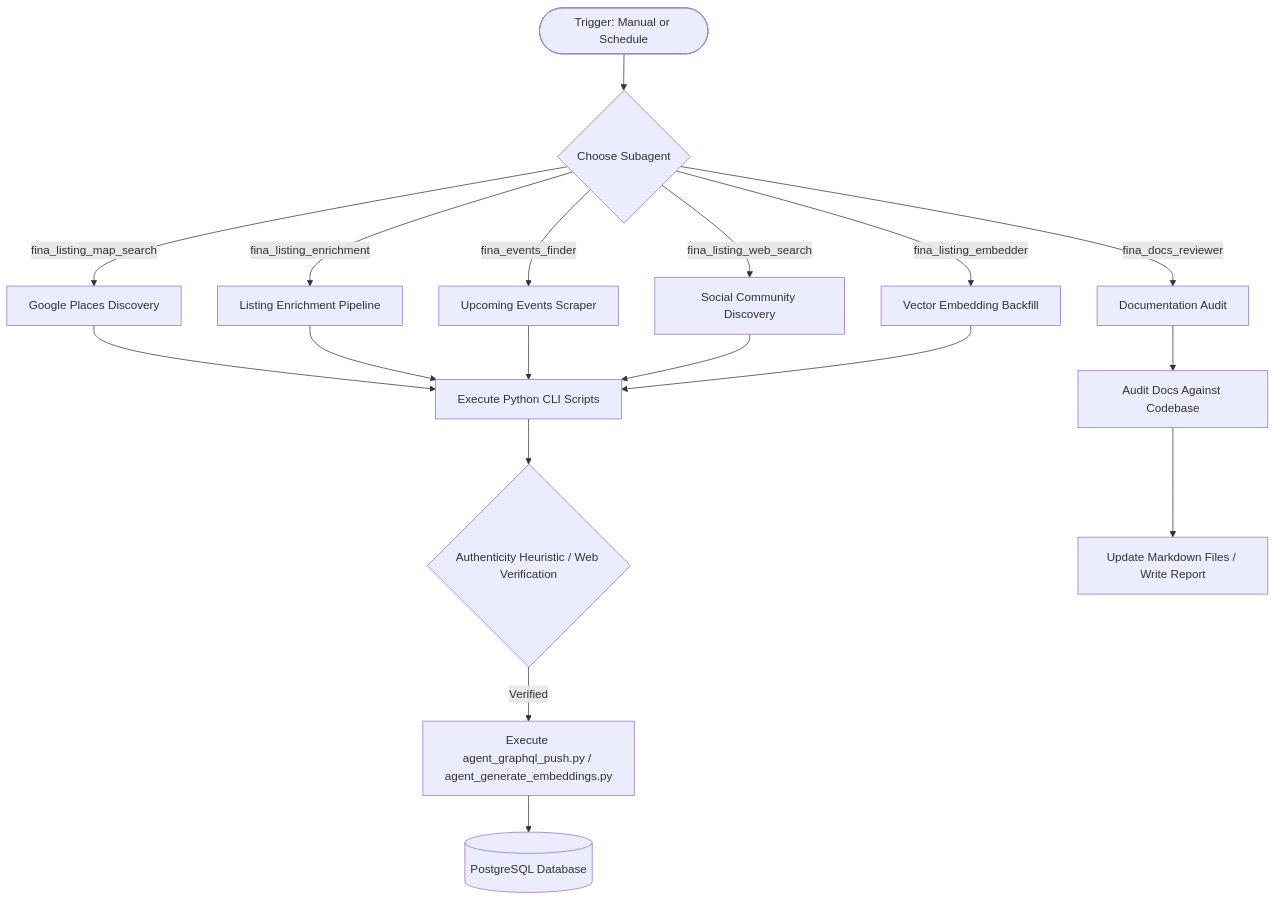
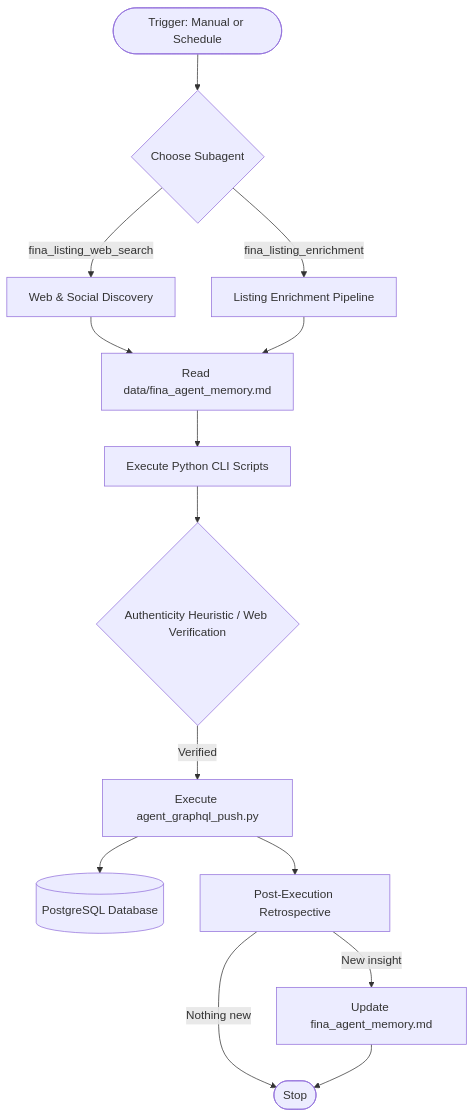
The diagram in AGENTS.md (deriveraryan/fina-agent), drawn with Mermaid before and after one commit. The commit also changed other lines of this file and 5 other files, not shown here.

````diff
--- a/AGENTS.md
+++ b/AGENTS.md
@@ -11,19 +11,17 @@
 ```mermaid
 flowchart TD
     Start(["Trigger: Manual or Schedule"]) --> AgentSelect{"Choose Subagent"}
     
-    AgentSelect -->|fina_listing_map_search| PlacesFlow["Google Places Discovery"]
+    AgentSelect -->|fina_listing_web_search| WebFlow["Web & Social Discovery"]
     AgentSelect -->|fina_listing_enrichment| EnrichFlow["Listing Enrichment Pipeline"]
-    AgentSelect -->|fina_events_finder| EventsFlow["Upcoming Events Scraper"]
-    AgentSelect -->|fina_listing_web_search| CommFlow["Social Community Discovery"]
-    AgentSelect -->|fina_listing_embedder| EmbedFlow["Vector Embedding Backfill"]
-    AgentSelect -->|fina_docs_reviewer| DocsFlow["Documentation Audit"]
 
-    %% Shared logic
-    PlacesFlow & EnrichFlow & EventsFlow & CommFlow & EmbedFlow --> PythonCLI["Execute Python CLI Scripts"]
+    WebFlow & EnrichFlow --> ReadMemory["Read data/fina_agent_memory.md"]
+    ReadMemory --> PythonCLI["Execute Python CLI Scripts"]
     PythonCLI --> Verification{"Authenticity Heuristic / Web Verification"}
-    Verification -->|Verified| GQLPush["Execute agent_graphql_push.py / agent_generate_embeddings.py"]
+    Verification -->|Verified| GQLPush["Execute agent_graphql_push.py"]
     GQLPush --> PostgreSQL[(PostgreSQL Database)]
-    DocsFlow --> AuditDocs["Audit Docs Against Codebase"]
-    AuditDocs --> UpdateDocs["Update Markdown Files / Write Report"]
+    GQLPush --> Retro["Post-Execution Retrospective"]
+    Retro -->|New insight| UpdateMemory["Update fina_agent_memory.md"]
+    Retro -->|Nothing new| Stop(["Stop"])
+    UpdateMemory --> Stop
 ```
````
